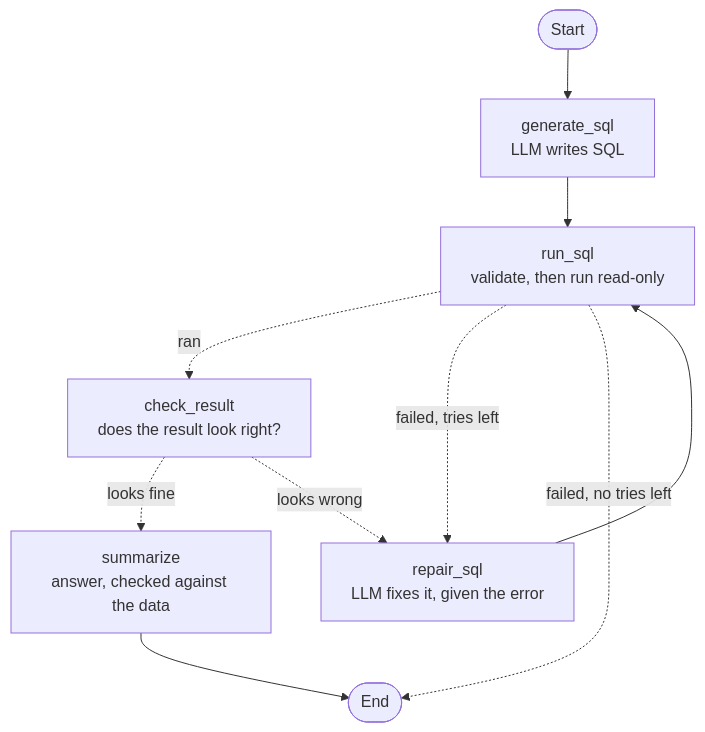
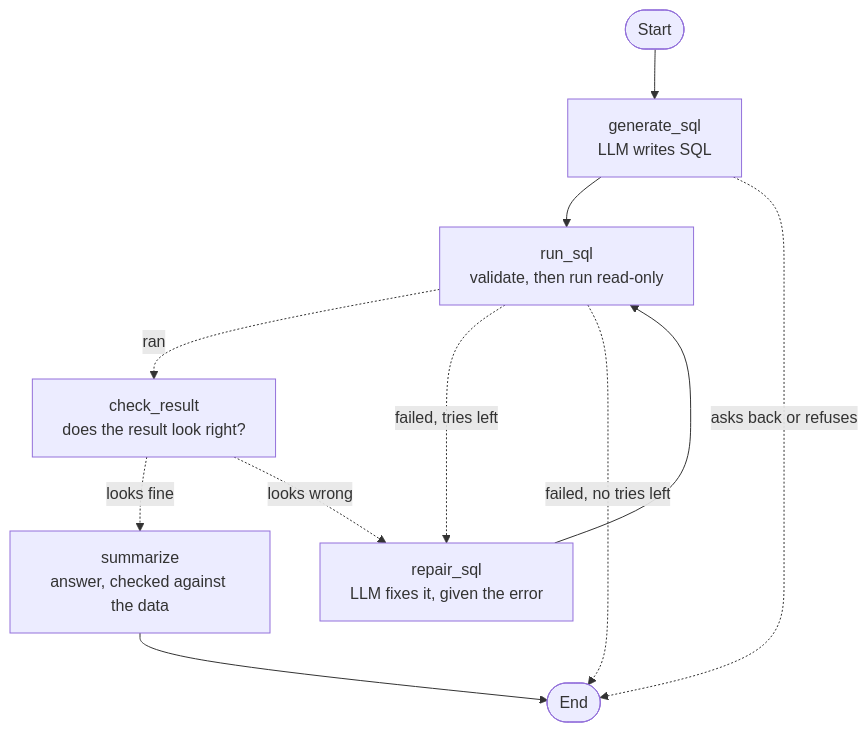
The diagram in README.md (Mohamed-Dahy/querymind), drawn with Mermaid before and after one commit. The commit also changed other lines of this file and 21 other files, not shown here.

````diff
--- a/README.md
+++ b/README.md
@@ -31,12 +35,13 @@
 ```mermaid
 graph TD;
     start([Start]) --> generate_sql;
     generate_sql["generate_sql<br/>LLM writes SQL"] --> run_sql;
     run_sql["run_sql<br/>validate, then run read-only"] -. ran .-> check_result;
     run_sql -. failed, tries left .-> repair_sql;
     run_sql -. failed, no tries left .-> done([End]);
+    generate_sql -. asks back or refuses .-> done;
     check_result["check_result<br/>does the result look right?"] -. looks fine .-> summarize;
     check_result -. looks wrong .-> repair_sql;
     repair_sql["repair_sql<br/>LLM fixes it, given the error"] --> run_sql;
     summarize["summarize<br/>answer, checked against the data"] --> done;
 ```
````
